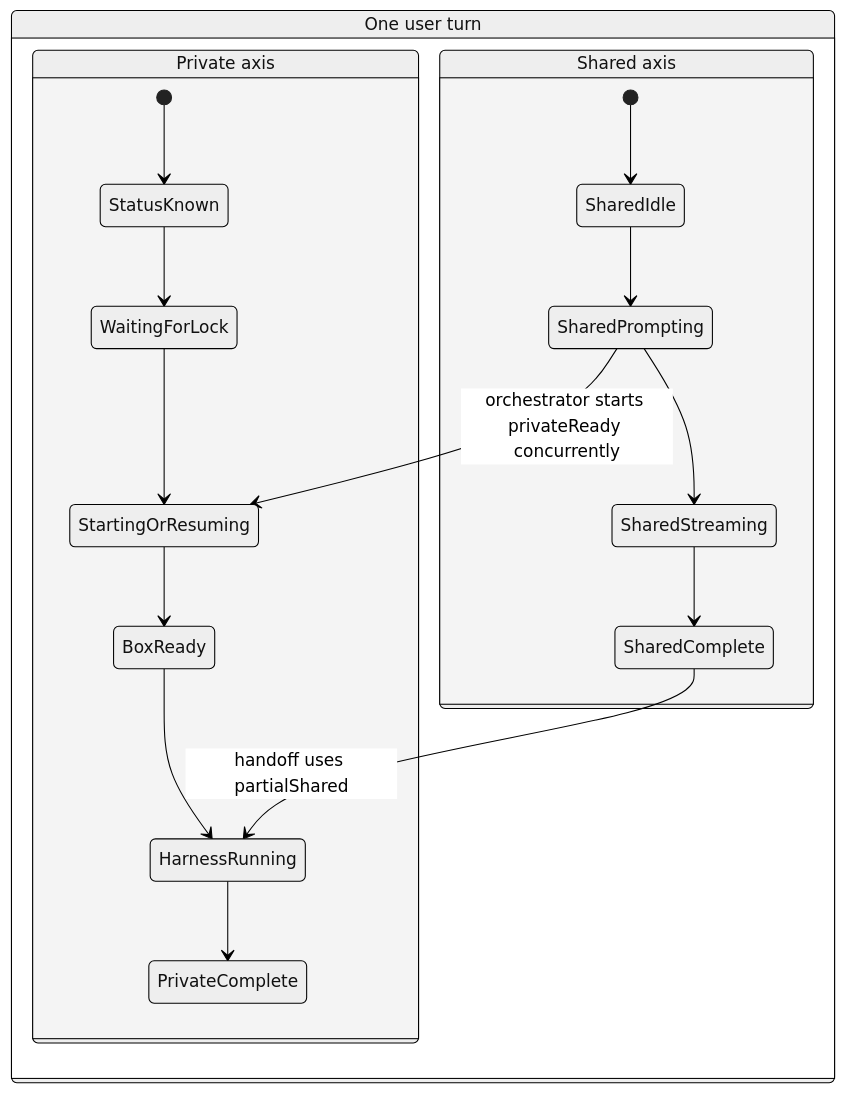
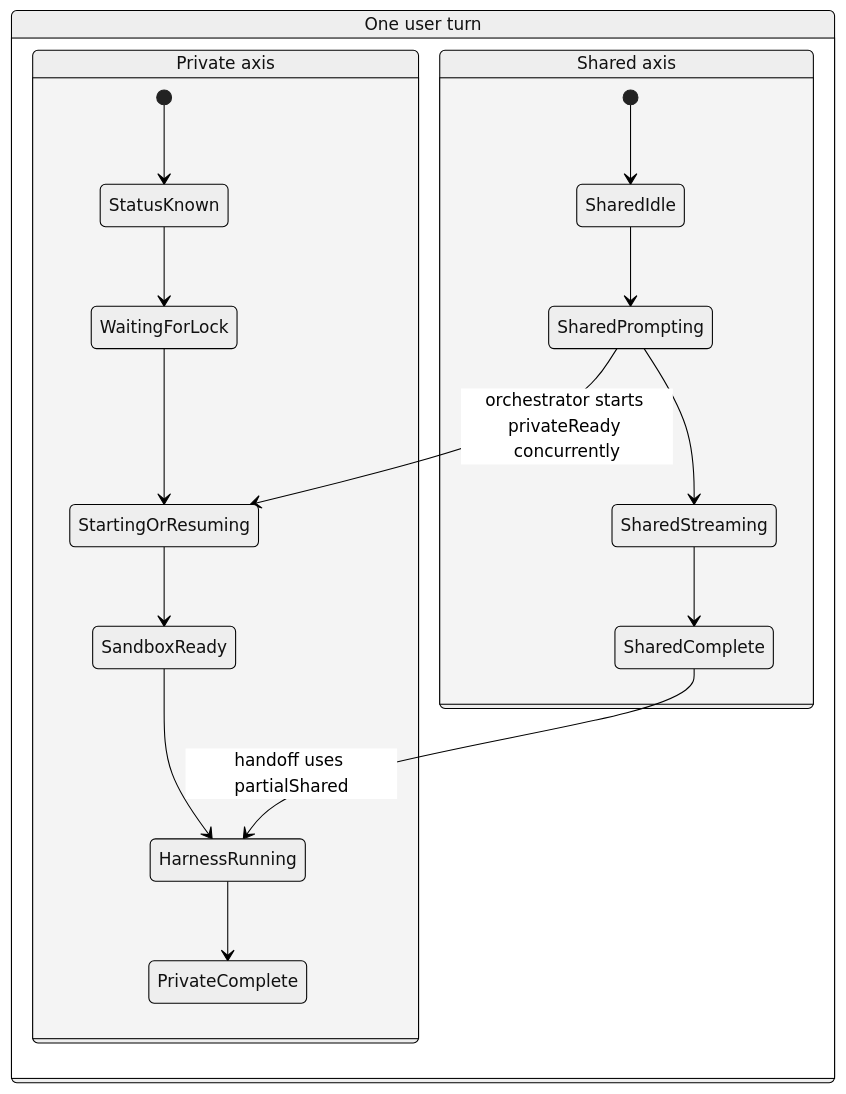
The fifth of 15 diagrams in docs/optibox-handoff-technical-report.md (ariana-dot-dev/optibox), drawn with Mermaid (neutral theme) before and after one commit. The commit also changed other lines of this file and 26 other files, not shown here.

First line of the commit message:
rename Box to Boat: the product is Boat, the machine is a sandbox

````diff
--- a/docs/optibox-handoff-technical-report.md
+++ b/docs/optibox-handoff-technical-report.md
@@ -188,21 +188,21 @@
 ```mermaid
 stateDiagram-v2
     state "One user turn" as Turn {
       state "Shared axis" as Shared {
         [*] --> SharedIdle
         SharedIdle --> SharedPrompting
         SharedPrompting --> SharedStreaming
         SharedStreaming --> SharedComplete
       }
       state "Private axis" as Private {
         [*] --> StatusKnown
         StatusKnown --> WaitingForLock
         WaitingForLock --> StartingOrResuming
-        StartingOrResuming --> BoxReady
-        BoxReady --> HarnessRunning
+        StartingOrResuming --> SandboxReady
+        SandboxReady --> HarnessRunning
         HarnessRunning --> PrivateComplete
       }
     }
     SharedPrompting --> StartingOrResuming: orchestrator starts privateReady concurrently
     SharedComplete --> HarnessRunning: handoff uses partialShared
 ```
````
